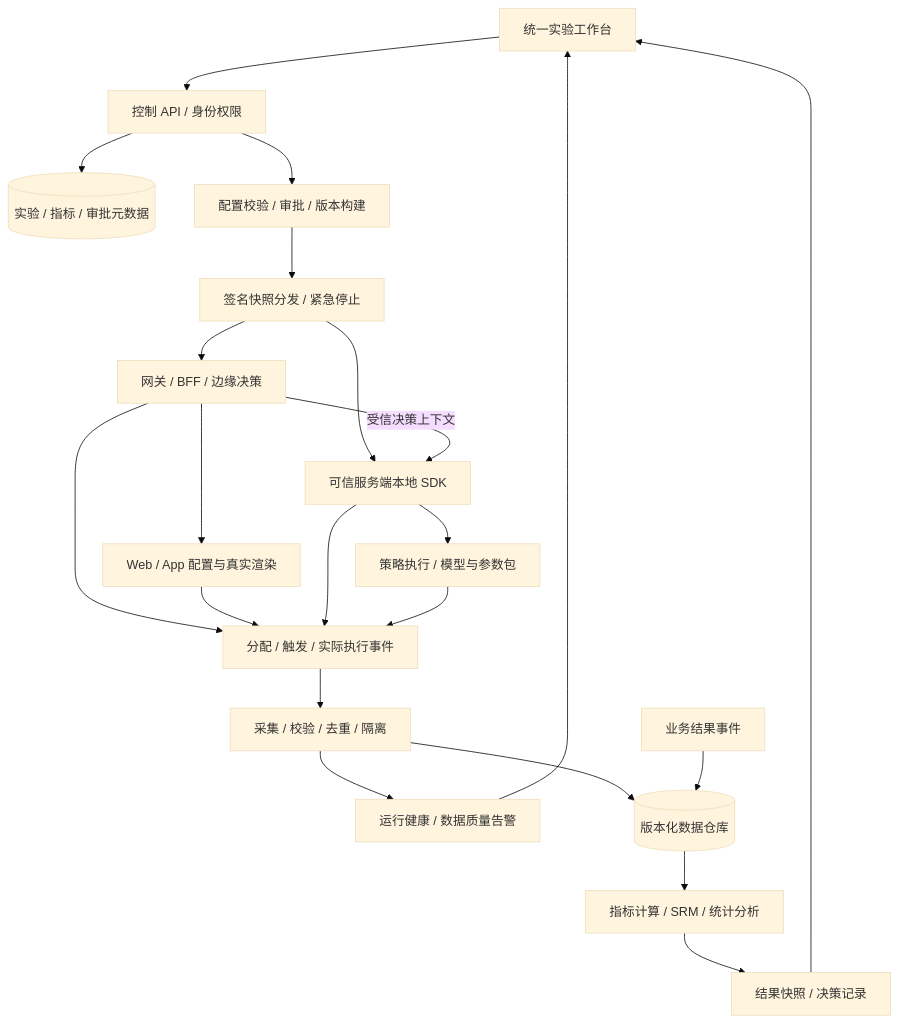
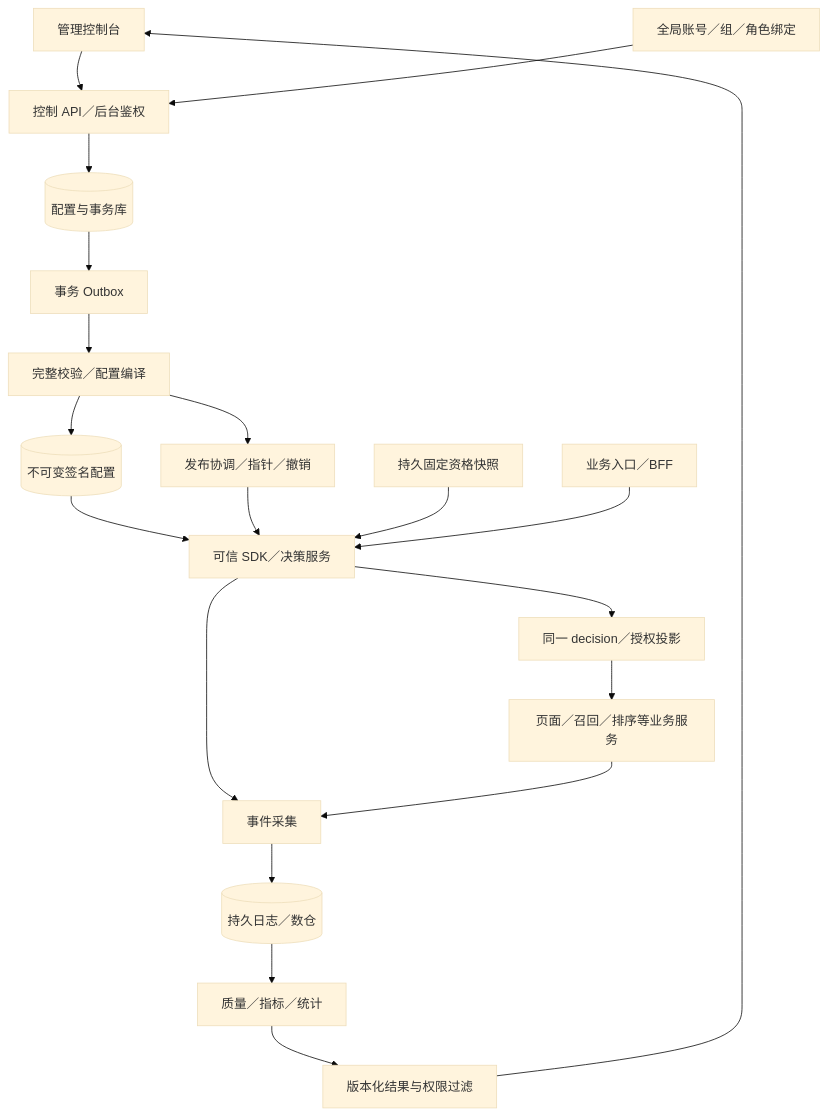
Before and after one commit to wangxwit/abtest: the diagram in docs/ARCHITECTURE-企业AB实验平台.md, drawn with Mermaid (base theme). The commit also changed other lines of this file and 37 other files, not shown here.

````diff
--- a/docs/ARCHITECTURE-企业AB实验平台.md
+++ b/docs/ARCHITECTURE-企业AB实验平台.md
@@ -286,24 +19,22 @@
 ```mermaid
 flowchart TB
-  UI[统一实验工作台] --> API[控制 API / 身份权限]
-  API --> META[(实验 / 指标 / 审批元数据)]
-  API --> CHECK[配置校验 / 审批 / 版本构建]
-  CHECK --> DIST[签名快照分发 / 紧急停止]
-  DIST --> BFF[网关 / BFF / 边缘决策]
-  DIST --> SDK[可信服务端本地 SDK]
-  BFF --> WEB[Web / App 配置与真实渲染]
-  BFF -->|受信决策上下文| SDK
-  SDK --> STRATEGY[策略执行 / 模型与参数包]
-  BFF --> EVENT[分配 / 触发 / 实际执行事件]
-  WEB --> EVENT
-  SDK --> EVENT
-  STRATEGY --> EVENT
-  EVENT --> INGEST[采集 / 校验 / 去重 / 隔离]
-  INGEST --> REALTIME[运行健康 / 数据质量告警]
-  INGEST --> WAREHOUSE[(版本化数据仓库)]
-  BUSINESS[业务结果事件] --> WAREHOUSE
-  WAREHOUSE --> ANALYSIS[指标计算 / SRM / 统计分析]
-  ANALYSIS --> RESULT[结果快照 / 决策记录]
-  RESULT --> UI
-  REALTIME --> UI
+  UI[管理控制台] --> API[控制 API／后台鉴权]
+  IAM[全局账号／组／角色绑定] --> API
+  API --> DB[(配置与事务库)]
+  DB --> Outbox[事务 Outbox]
+  Outbox --> Compiler[完整校验／配置编译]
+  Compiler --> Store[(不可变签名配置)]
+  Compiler --> Release[发布协调／指针／撤销]
+  Store --> SDK[可信 SDK／决策服务]
+  Release --> SDK
+  Profile[持久固定资格快照] --> SDK
+  Entry[业务入口／BFF] --> SDK
+  SDK --> Context[同一 decision／授权投影]
+  Context --> Services[页面／召回／排序等业务服务]
+  SDK --> Events[事件采集]
+  Services --> Events
+  Events --> Log[(持久日志／数仓)]
+  Log --> Analysis[质量／指标／统计]
+  Analysis --> Result[版本化结果与权限过滤]
+  Result --> UI
 ```
````
